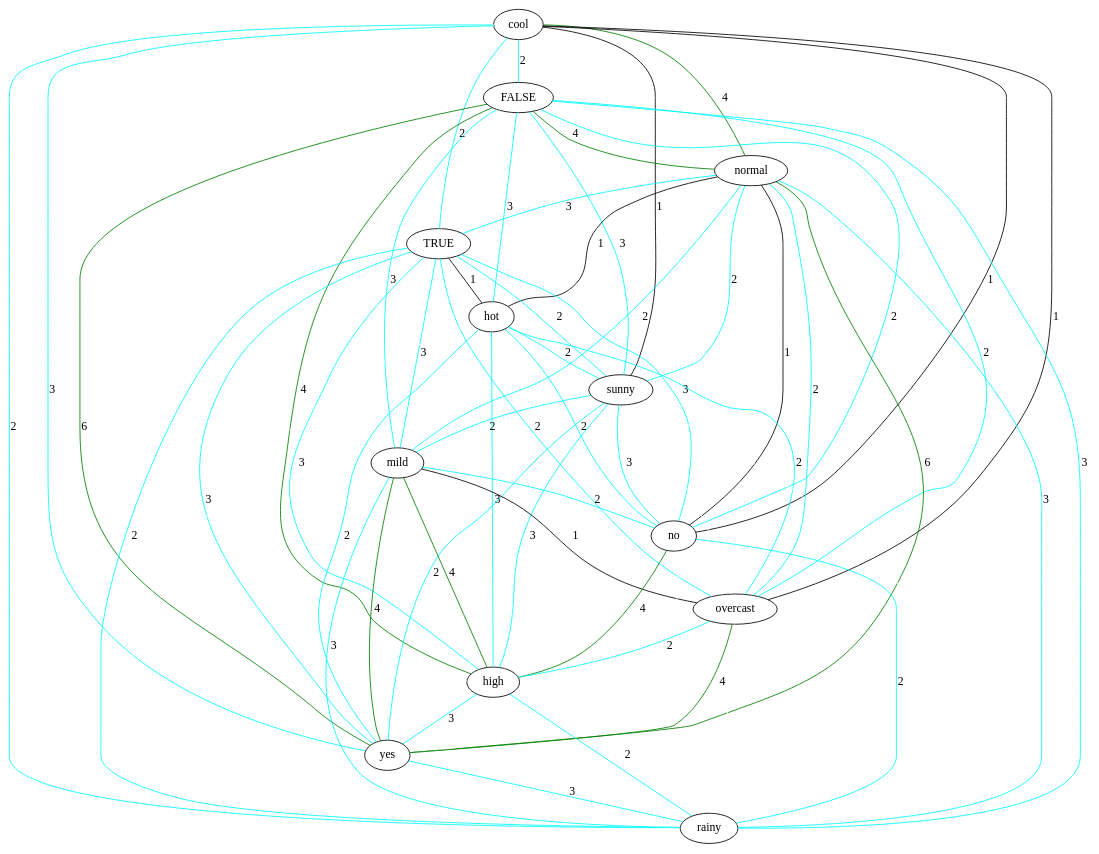
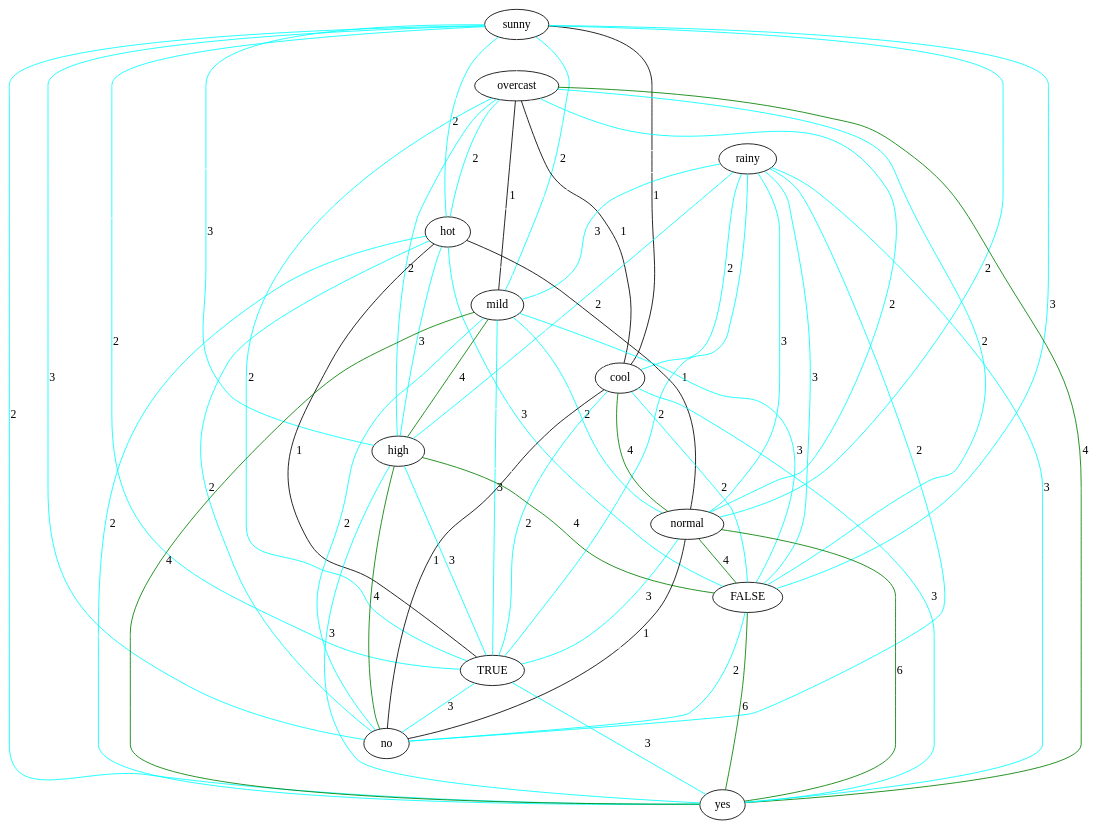
The diagram in src/final/exponentialGraph.dot (lrodrin/TFG), drawn with Graphviz before and after one commit. The commit also changed 12 other files, not shown here.

Commit message:
refactoring Graph + mainGraph

```diff
--- a/src/final/exponentialGraph.dot
+++ b/src/final/exponentialGraph.dot
@@ -1,80 +1,80 @@
 strict graph "" {
+sunny;
+overcast;
+rainy;
+hot;
+mild;
 cool;
+high;
+normal;
 FALSE;
-normal;
 TRUE;
-hot;
-sunny;
-mild;
 no;
-overcast;
-high;
 yes;
-rainy;
-cool -- mild  [color=white];
+sunny -- overcast  [color=white];
+sunny -- rainy  [color=white];
+sunny -- hot  [color=cyan, label=2];
+sunny -- mild  [color=cyan, label=2];
+sunny -- cool  [color=black, label=1];
+sunny -- high  [color=cyan, label=3];
+sunny -- normal  [color=cyan, label=2];
+sunny -- FALSE  [color=cyan, label=3];
+sunny -- TRUE  [color=cyan, label=2];
+sunny -- no  [color=cyan, label=3];
+sunny -- yes  [color=cyan, label=2];
+overcast -- rainy  [color=white];
+overcast -- hot  [color=cyan, label=2];
+overcast -- mild  [color=black, label=1];
+overcast -- cool  [color=black, label=1];
+overcast -- high  [color=cyan, label=2];
+overcast -- normal  [color=cyan, label=2];
+overcast -- FALSE  [color=cyan, label=2];
+overcast -- TRUE  [color=cyan, label=2];
+overcast -- no  [color=white];
+overcast -- yes  [color=green, label=4];
+rainy -- hot  [color=white];
+rainy -- mild  [color=cyan, label=3];
+rainy -- cool  [color=cyan, label=2];
+rainy -- high  [color=cyan, label=2];
+rainy -- normal  [color=cyan, label=3];
+rainy -- FALSE  [color=cyan, label=3];
+rainy -- TRUE  [color=cyan, label=2];
+rainy -- no  [color=cyan, label=2];
+rainy -- yes  [color=cyan, label=3];
+hot -- mild  [color=white];
+hot -- cool  [color=white];
+hot -- high  [color=cyan, label=3];
+hot -- normal  [color=black, label=1];
+hot -- FALSE  [color=cyan, label=3];
+hot -- TRUE  [color=black, label=1];
+hot -- no  [color=cyan, label=2];
+hot -- yes  [color=cyan, label=2];
+mild -- cool  [color=white];
+mild -- high  [color=green, label=4];
+mild -- normal  [color=cyan, label=2];
+mild -- FALSE  [color=cyan, label=3];
+mild -- TRUE  [color=cyan, label=3];
+mild -- no  [color=cyan, label=2];
+mild -- yes  [color=green, label=4];
+cool -- high  [color=white];
+cool -- normal  [color=green, label=4];
+cool -- FALSE  [color=cyan, label=2];
+cool -- TRUE  [color=cyan, label=2];
 cool -- no  [color=black, label=1];
-cool -- FALSE  [color=cyan, label=2];
-cool -- normal  [color=green, label=4];
-cool -- overcast  [color=black, label=1];
-cool -- rainy  [color=cyan, label=2];
-cool -- TRUE  [color=cyan, label=2];
-cool -- hot  [color=white];
-cool -- high  [color=white];
 cool -- yes  [color=cyan, label=3];
-cool -- sunny  [color=black, label=1];
-FALSE -- mild  [color=cyan, label=3];
+high -- normal  [color=white];
+high -- FALSE  [color=green, label=4];
+high -- TRUE  [color=cyan, label=3];
+high -- no  [color=green, label=4];
+high -- yes  [color=cyan, label=3];
+normal -- FALSE  [color=green, label=4];
+normal -- TRUE  [color=cyan, label=3];
+normal -- no  [color=black, label=1];
+normal -- yes  [color=green, label=6];
+FALSE -- TRUE  [color=white];
 FALSE -- no  [color=cyan, label=2];
-FALSE -- normal  [color=green, label=4];
-FALSE -- overcast  [color=cyan, label=2];
-FALSE -- rainy  [color=cyan, label=3];
-FALSE -- TRUE  [color=white];
-FALSE -- hot  [color=cyan, label=3];
-FALSE -- high  [color=green, label=4];
 FALSE -- yes  [color=green, label=6];
-FALSE -- sunny  [color=cyan, label=3];
-normal -- mild  [color=cyan, label=2];
-normal -- no  [color=black, label=1];
-normal -- overcast  [color=cyan, label=2];
-normal -- rainy  [color=cyan, label=3];
-normal -- TRUE  [color=cyan, label=3];
-normal -- hot  [color=black, label=1];
-normal -- high  [color=white];
-normal -- yes  [color=green, label=6];
-normal -- sunny  [color=cyan, label=2];
-TRUE -- mild  [color=cyan, label=3];
 TRUE -- no  [color=cyan, label=3];
-TRUE -- rainy  [color=cyan, label=2];
-TRUE -- overcast  [color=cyan, label=2];
-TRUE -- hot  [color=black, label=1];
-TRUE -- high  [color=cyan, label=3];
 TRUE -- yes  [color=cyan, label=3];
-TRUE -- sunny  [color=cyan, label=2];
-hot -- mild  [color=white];
-hot -- no  [color=cyan, label=2];
-hot -- overcast  [color=cyan, label=2];
-hot -- yes  [color=cyan, label=2];
-hot -- high  [color=cyan, label=3];
-hot -- rainy  [color=white];
-hot -- sunny  [color=cyan, label=2];
-sunny -- mild  [color=cyan, label=2];
-sunny -- no  [color=cyan, label=3];
-sunny -- overcast  [color=white];
-sunny -- high  [color=cyan, label=3];
-sunny -- yes  [color=cyan, label=2];
-sunny -- rainy  [color=white];
-mild -- no  [color=cyan, label=2];
-mild -- overcast  [color=black, label=1];
-mild -- rainy  [color=cyan, label=3];
-mild -- high  [color=green, label=4];
-mild -- yes  [color=green, label=4];
-no -- overcast  [color=white];
-no -- rainy  [color=cyan, label=2];
-no -- high  [color=green, label=4];
 no -- yes  [color=white];
-overcast -- rainy  [color=white];
-overcast -- high  [color=cyan, label=2];
-overcast -- yes  [color=green, label=4];
-high -- rainy  [color=cyan, label=2];
-high -- yes  [color=cyan, label=3];
-yes -- rainy  [color=cyan, label=3];
 }
```
